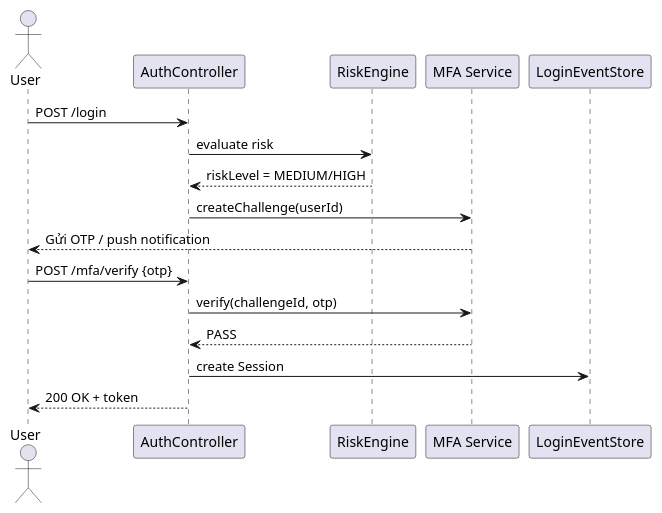
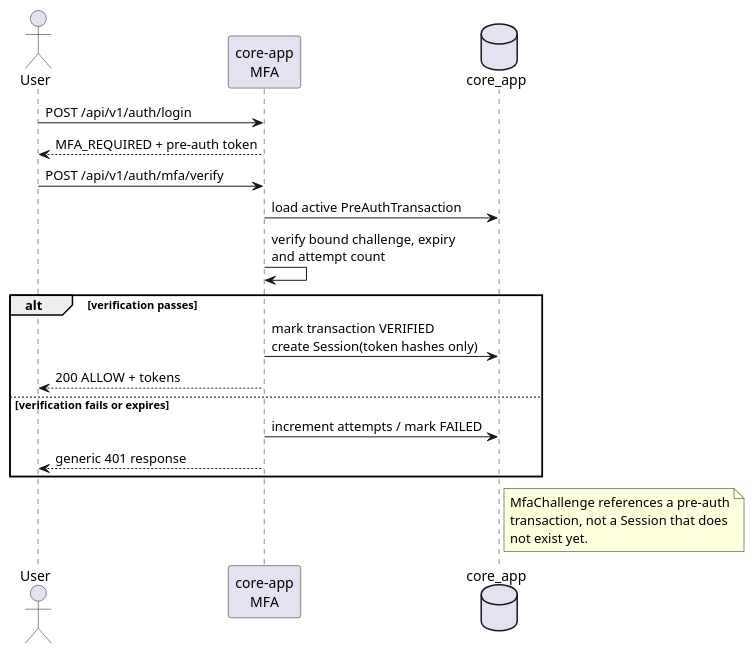
The diagram in docs/sequence-02-mfa.puml (Albert-Tuan/sentinel-auth), drawn with PlantUML before and after one commit. The commit also changed 88 other files, not shown here.

Commit message:
feat: align sentinel auth architecture and ML inference

```diff
--- a/docs/sequence-02-mfa.puml
+++ b/docs/sequence-02-mfa.puml
@@ -1,18 +1,23 @@
-@startuml st02-login-mfa
+@startuml st02-mfa-preauth
 actor User
-participant "AuthController" as AC
-participant "RiskEngine" as RK
-participant "MFA Service" as MFA
-participant "LoginEventStore" as ES
+participant "core-app\nMFA" as core
+database "core_app" as db
 
-User -> AC : POST /login
-AC -> RK : evaluate risk
-RK --> AC : riskLevel = MEDIUM/HIGH
-AC -> MFA : createChallenge(userId)
-MFA --> User : Gửi OTP / push notification
-User -> AC : POST /mfa/verify {otp}
-AC -> MFA : verify(challengeId, otp)
-MFA --> AC : PASS
-AC -> ES : create Session
-AC --> User : 200 OK + token
+User -> core : POST /api/v1/auth/login
+core --> User : MFA_REQUIRED + pre-auth token
+User -> core : POST /api/v1/auth/mfa/verify
+core -> db : load active PreAuthTransaction
+core -> core : verify bound challenge, expiry\nand attempt count
+alt verification passes
+  core -> db : mark transaction VERIFIED\ncreate Session(token hashes only)
+  core --> User : 200 ALLOW + tokens
+else verification fails or expires
+  core -> db : increment attempts / mark FAILED
+  core --> User : generic 401 response
+end
+note right of db
+MfaChallenge references a pre-auth
+transaction, not a Session that does
+not exist yet.
+end note
 @enduml
```
